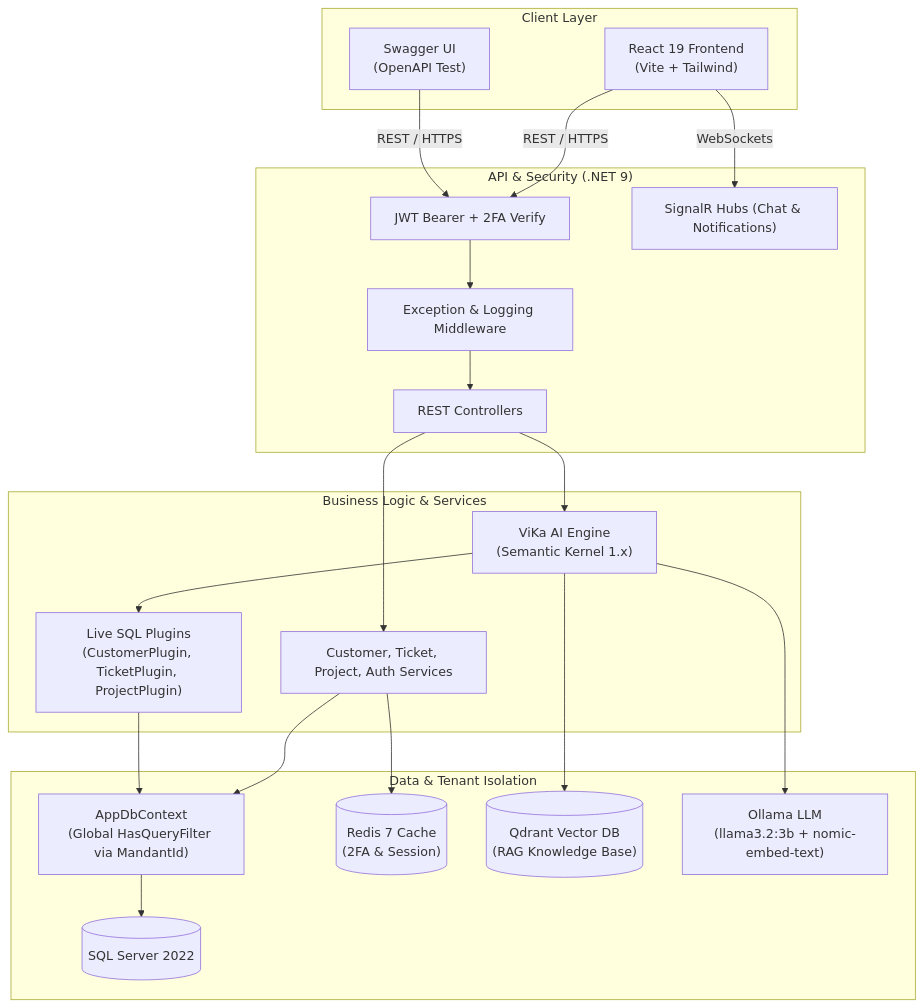
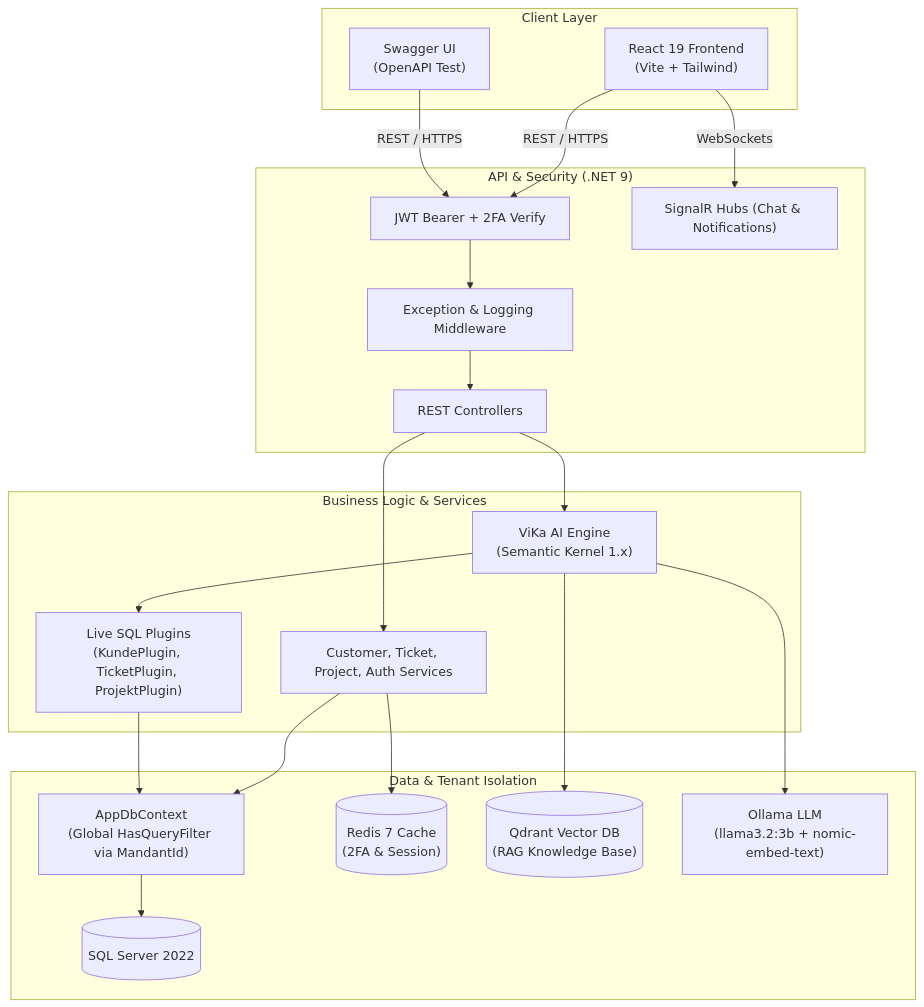
Before and after one commit to Goekss/Vista.Core: the third of 3 diagrams in README.md, drawn with Mermaid. The commit also changed other lines of this file and 1 other file, not shown here.

````diff
--- a/README.md
+++ b/README.md
@@ -420,42 +420,42 @@
 ```mermaid
 flowchart TD
     subgraph ClientLayer["Client Layer"]
         FE["React 19 Frontend<br/>(Vite + Tailwind)"]
         SWAGGER["Swagger UI<br/>(OpenAPI Test)"]
     end
 
     subgraph ApiGateway["API & Security (.NET 9)"]
         AUTH["JWT Bearer + 2FA Verify"]
         MW["Exception & Logging Middleware"]
         HUB["SignalR Hubs (Chat & Notifications)"]
         CTRL["REST Controllers"]
     end
 
     subgraph CoreLayer["Business Logic & Services"]
         SERVICES["Customer, Ticket, Project, Auth Services"]
         VIKA["ViKa AI Engine<br/>(Semantic Kernel 1.x)"]
-        PLUGINS["Live SQL Plugins<br/>(CustomerPlugin, TicketPlugin, ProjectPlugin)"]
+        PLUGINS["Live SQL Plugins<br/>(KundePlugin, TicketPlugin, ProjektPlugin)"]
     end
 
     subgraph DataLayer["Data & Tenant Isolation"]
         EF["AppDbContext<br/>(Global HasQueryFilter via MandantId)"]
         MSSQL[("SQL Server 2022")]
         REDIS[("Redis 7 Cache<br/>(2FA & Session)")]
         QDRANT[("Qdrant Vector DB<br/>(RAG Knowledge Base)")]
         OLLAMA["Ollama LLM<br/>(llama3.2:3b + nomic-embed-text)"]
     end
 
     FE -->|REST / HTTPS| AUTH
     SWAGGER -->|REST / HTTPS| AUTH
     AUTH --> MW --> CTRL
     FE -->|WebSockets| HUB
     CTRL --> SERVICES
     CTRL --> VIKA
     VIKA --> PLUGINS
     SERVICES --> EF
     PLUGINS --> EF
     EF --> MSSQL
     SERVICES --> REDIS
     VIKA --> QDRANT
     VIKA --> OLLAMA
 ```
````
